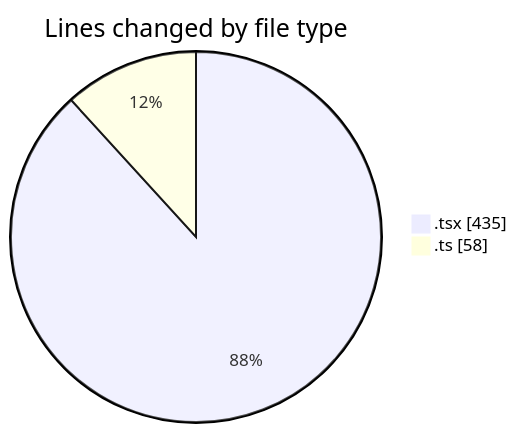
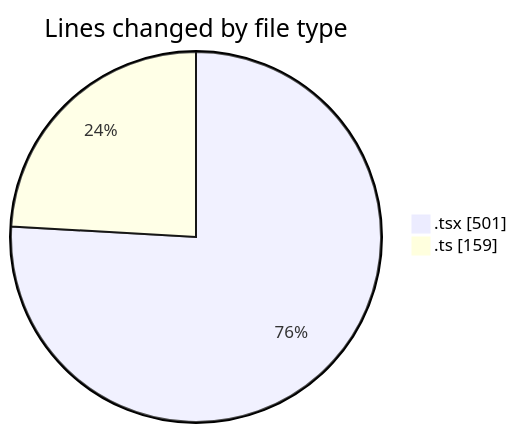
One commit to nxtqubesakshisongat/code-tracking changed the first of 2 diagrams in 2026-04-17/airfeed-analytics-dashboard/README.md. Above: the diagram before and after it, drawn with Mermaid. The commit also changed other lines of this file and 1 other file, not shown here.

````diff
--- a/2026-04-17/airfeed-analytics-dashboard/README.md
+++ b/2026-04-17/airfeed-analytics-dashboard/README.md
@@ -22,6 +23,6 @@
 ```mermaid
 pie showData
 title Lines changed by file type
-".tsx" : 435
-".ts" : 58
+".tsx" : 501
+".ts" : 159
 ```
````
